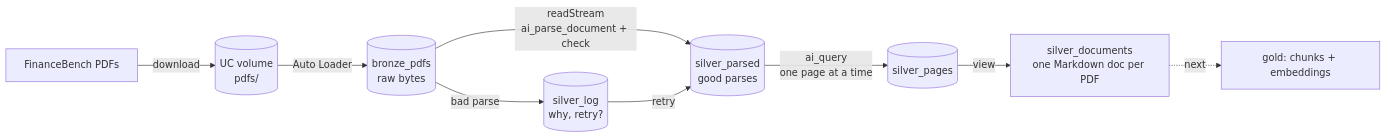
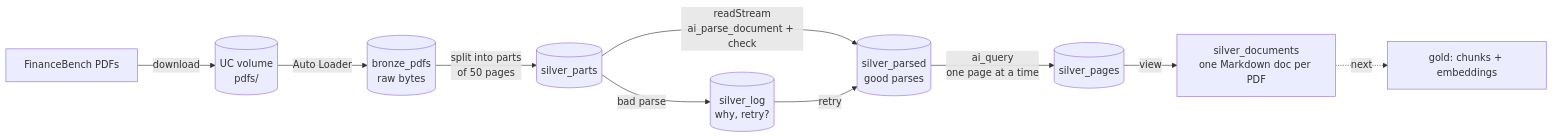
Before and after one commit to SuddhaswattaMaityUK/dbx-finance-bench-rag: the first of 2 diagrams in README.md, drawn with Mermaid. The commit also changed other lines of this file and 13 other files, not shown here.

First line of the commit message:
Split long PDFs into parts of 50 pages before parsing

````diff
--- a/README.md
+++ b/README.md
@@ -9,11 +9,12 @@
 ```mermaid
 flowchart LR
     A[FinanceBench PDFs] -->|download| V[(UC volume<br/>pdfs/)]
     V -->|Auto Loader| B[(bronze_pdfs<br/>raw bytes)]
-    B -->|"readStream<br/>ai_parse_document + check"| P[("silver_parsed<br/>good parses")]
-    B -->|"bad parse"| L[("silver_log<br/>why, retry?")]
+    B -->|"split into parts<br/>of 50 pages"| T[("silver_parts")]
+    T -->|"readStream<br/>ai_parse_document + check"| P[("silver_parsed<br/>good parses")]
+    T -->|"bad parse"| L[("silver_log<br/>why, retry?")]
     L -->|"retry"| P
     P -->|"ai_query<br/>one page at a time"| PG[("silver_pages")]
     PG -->|view| D["silver_documents<br/>one Markdown doc per PDF"]
     D -.->|next| G[gold: chunks + embeddings]
 ```
````
